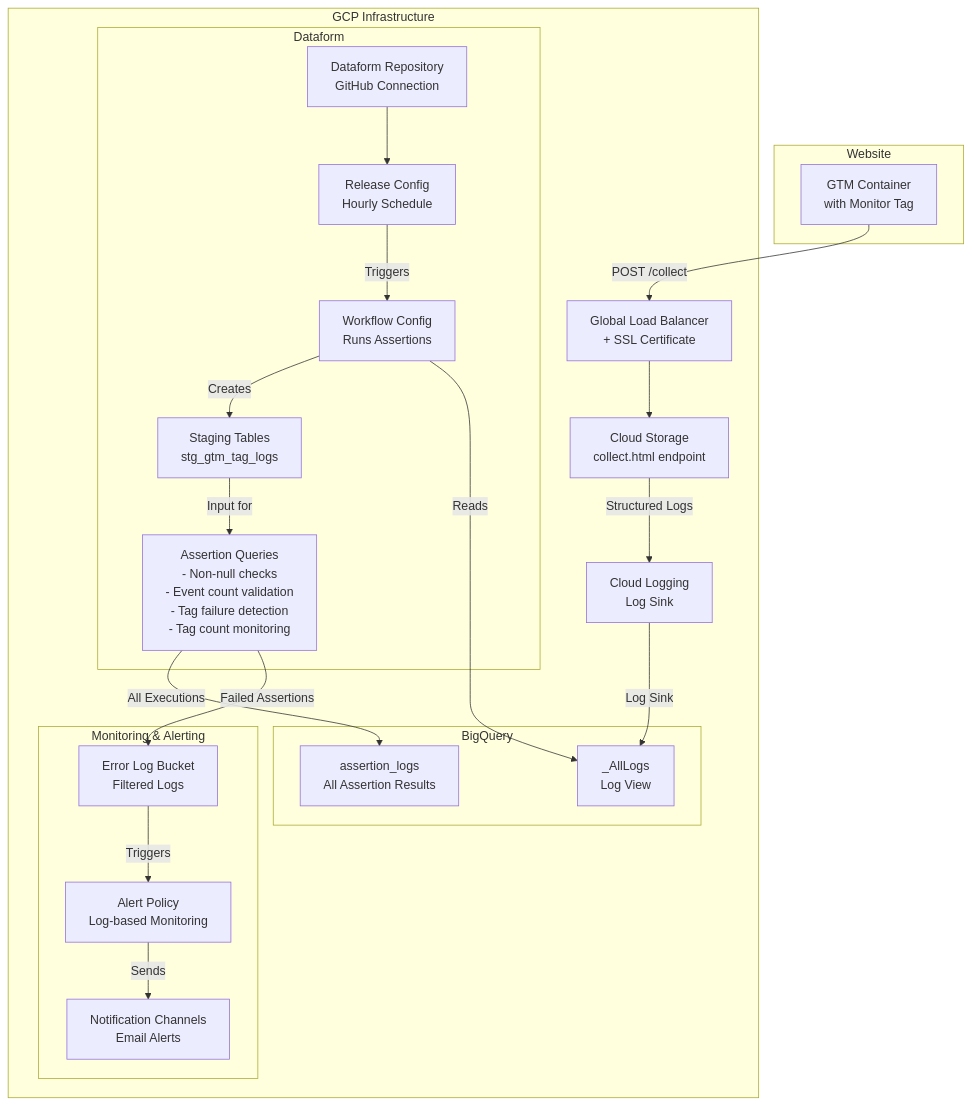
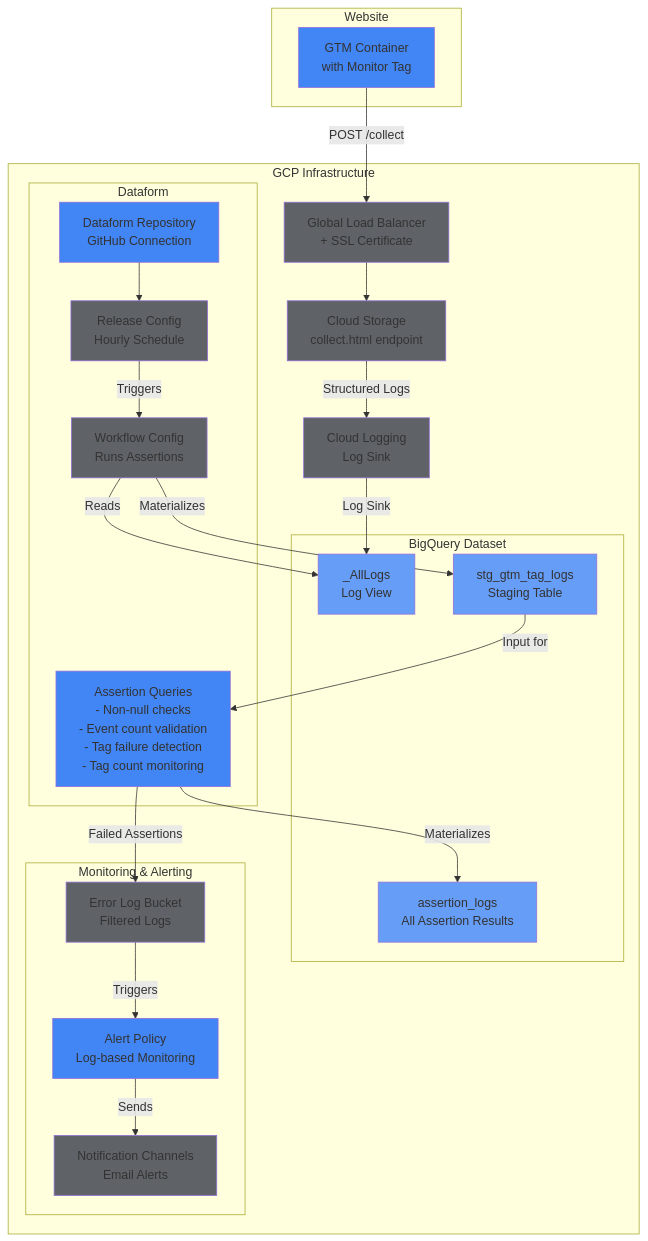
Before and after one commit to netzstrategen/gtm-monitoring-gcp: the diagram in README_DRAFT.md, drawn with Mermaid.

````diff
--- a/README_DRAFT.md
+++ b/README_DRAFT.md
@@ -11,47 +11,62 @@
 ```mermaid
 graph TB
     subgraph "Website"
         GTM[GTM Container<br/>with Monitor Tag]
     end
     
     subgraph "GCP Infrastructure"
         LB[Global Load Balancer<br/>+ SSL Certificate]
         GCS[Cloud Storage<br/>collect.html endpoint]
         Logs[Cloud Logging<br/>Log Sink]
         
-        subgraph "BigQuery"
+        subgraph "BigQuery Dataset"
             LogView[_AllLogs<br/>Log View]
+            Staging[stg_gtm_tag_logs<br/>Staging Table]
             AssertionLogs[assertion_logs<br/>All Assertion Results]
         end
         
         subgraph "Dataform"
             DF_Repo[Dataform Repository<br/>GitHub Connection]
             DF_Release[Release Config<br/>Hourly Schedule]
             DF_Workflow[Workflow Config<br/>Runs Assertions]
-            Staging[Staging Tables<br/>stg_gtm_tag_logs]
             DF_Assert[Assertion Queries<br/>- Non-null checks<br/>- Event count validation<br/>- Tag failure detection<br/>- Tag count monitoring]
         end
         
         subgraph "Monitoring & Alerting"
             ErrorBucket[Error Log Bucket<br/>Filtered Logs]
             AlertPolicy[Alert Policy<br/>Log-based Monitoring]
             NotifChannel[Notification Channels<br/>Email Alerts]
         end
     end
     
     GTM -->|POST /collect| LB
     LB --> GCS
     GCS -->|Structured Logs| Logs
     Logs -->|Log Sink| LogView
     
     DF_Repo --> DF_Release
     DF_Release -->|Triggers| DF_Workflow
     DF_Workflow -->|Reads| LogView
-    DF_Workflow -->|Creates| Staging
+    DF_Workflow -->|Materializes| Staging
     Staging -->|Input for| DF_Assert
     
     DF_Assert -->|Failed Assertions| ErrorBucket
-    DF_Assert -->|All Executions| AssertionLogs
+    DF_Assert -->|Materializes| AssertionLogs
     ErrorBucket -->|Triggers| AlertPolicy
     AlertPolicy -->|Sends| NotifChannel
+    
+    style GTM fill:#4285f4
+    style LB fill:#5f6368
+    style GCS fill:#5f6368
+    style Logs fill:#5f6368
+    style LogView fill:#669df6
+    style Staging fill:#669df6
+    style AssertionLogs fill:#669df6
+    style DF_Repo fill:#4285f4
+    style DF_Release fill:#5f6368
+    style DF_Workflow fill:#5f6368
+    style DF_Assert fill:#4285f4
+    style ErrorBucket fill:#5f6368
+    style AlertPolicy fill:#4285f4
+    style NotifChannel fill:#5f6368
 ```
````
